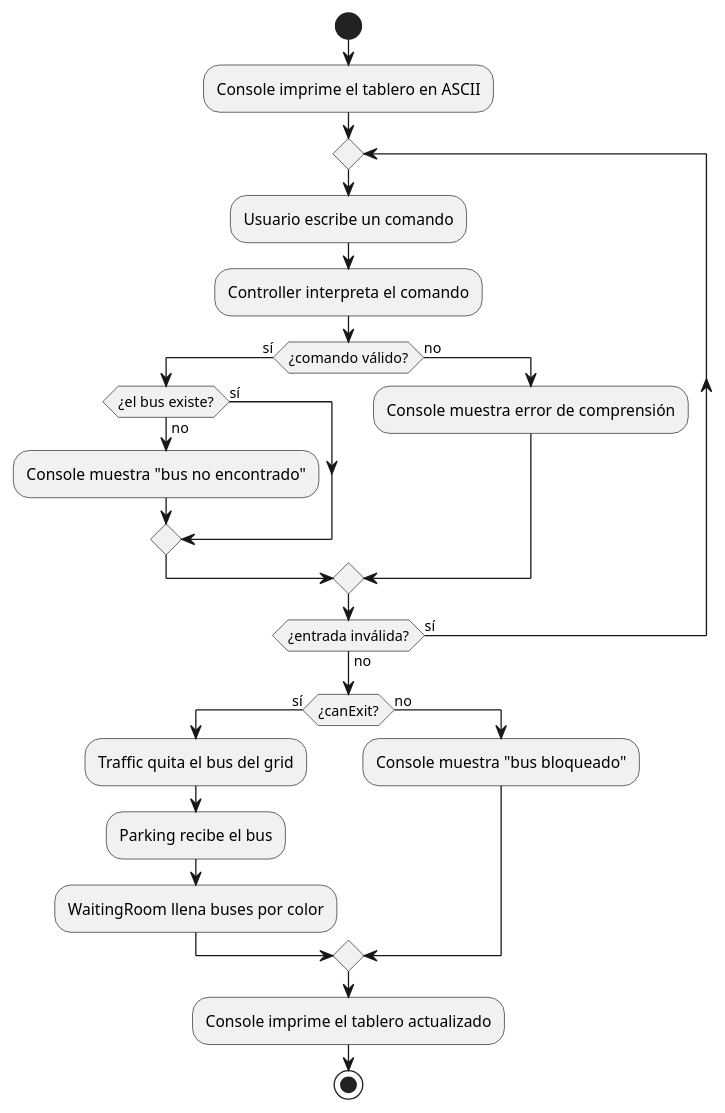
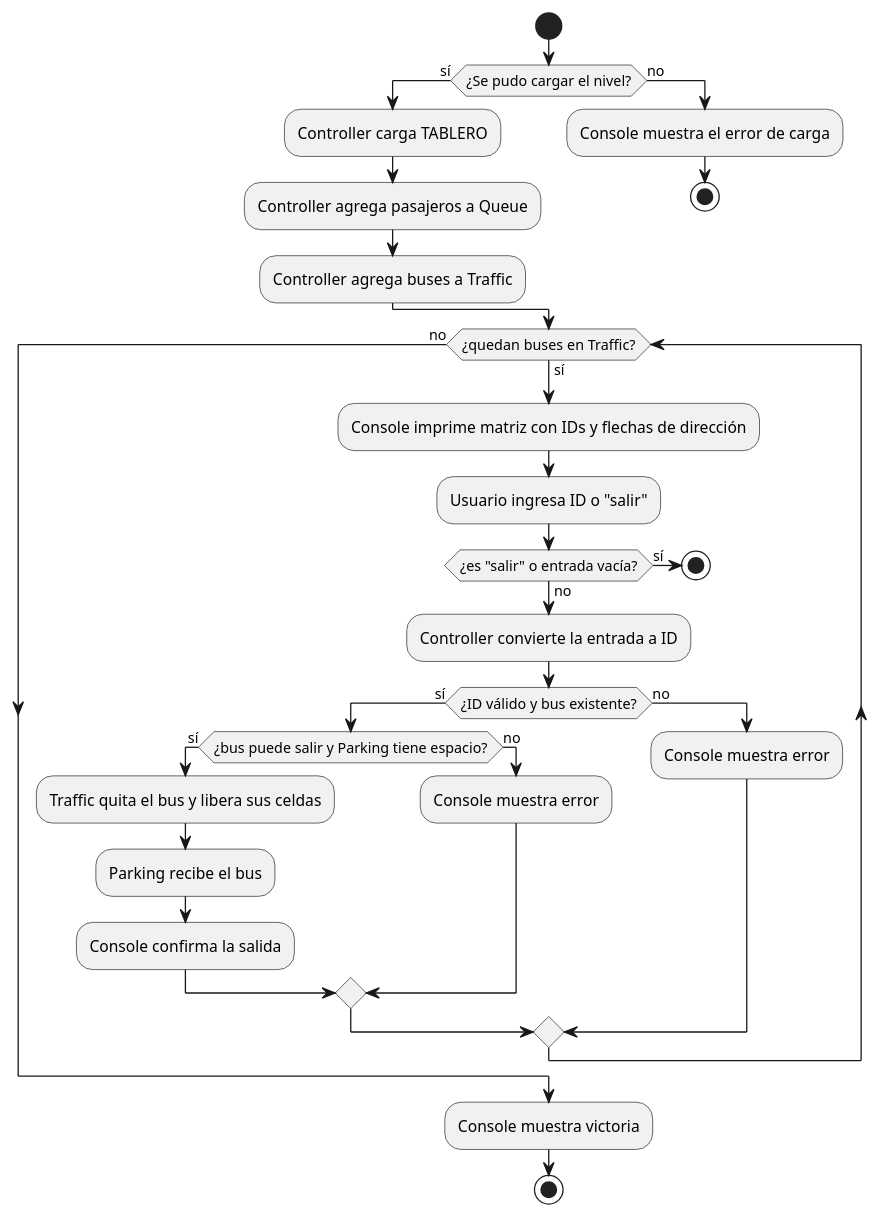
Before and after one commit to 4l0nsoo/Busfever-proyectoPOO: the diagram in diagramas/flujo.puml, drawn with PlantUML. The commit also changed 13 other files, not shown here.

```diff
--- a/diagramas/flujo.puml
+++ b/diagramas/flujo.puml
@@ -1,31 +1,39 @@
 @startuml flujo
 
 start
-:Console imprime el tablero en ASCII;
 
-repeat
-    :Usuario escribe un comando;
-    :Controller interpreta el comando;
-
-    if (¿comando válido?) then (sí)
-        if (¿el bus existe?) then (sí)
-        else (no)
-            :Console muestra "bus no encontrado";
-        endif
-    else (no)
-        :Console muestra error de comprensión;
-    endif
-repeat while (¿entrada inválida?) is (sí) not (no)
-
-if (¿canExit?) then (sí)
-    :Traffic quita el bus del grid;
-    :Parking recibe el bus;
-    :WaitingRoom llena buses por color;
+if (¿Se pudo cargar el nivel?) then (sí)
+    :Controller carga TABLERO;
+    :Controller agrega pasajeros a Queue;
+    :Controller agrega buses a Traffic;
 else (no)
-    :Console muestra "bus bloqueado";
+    :Console muestra el error de carga;
+    stop
 endif
 
-:Console imprime el tablero actualizado;
+while (¿quedan buses en Traffic?) is (sí)
+    :Console imprime matriz con IDs y flechas de dirección;
+    :Usuario ingresa ID o "salir";
+
+    if (¿es "salir" o entrada vacía?) then (sí)
+        stop
+    else (no)
+        :Controller convierte la entrada a ID;
+        if (¿ID válido y bus existente?) then (sí)
+            if (¿bus puede salir y Parking tiene espacio?) then (sí)
+                :Traffic quita el bus y libera sus celdas;
+                :Parking recibe el bus;
+                :Console confirma la salida;
+            else (no)
+                :Console muestra error;
+            endif
+        else (no)
+            :Console muestra error;
+        endif
+    endif
+endwhile (no)
+
+:Console muestra victoria;
 stop
 
 @enduml
```
